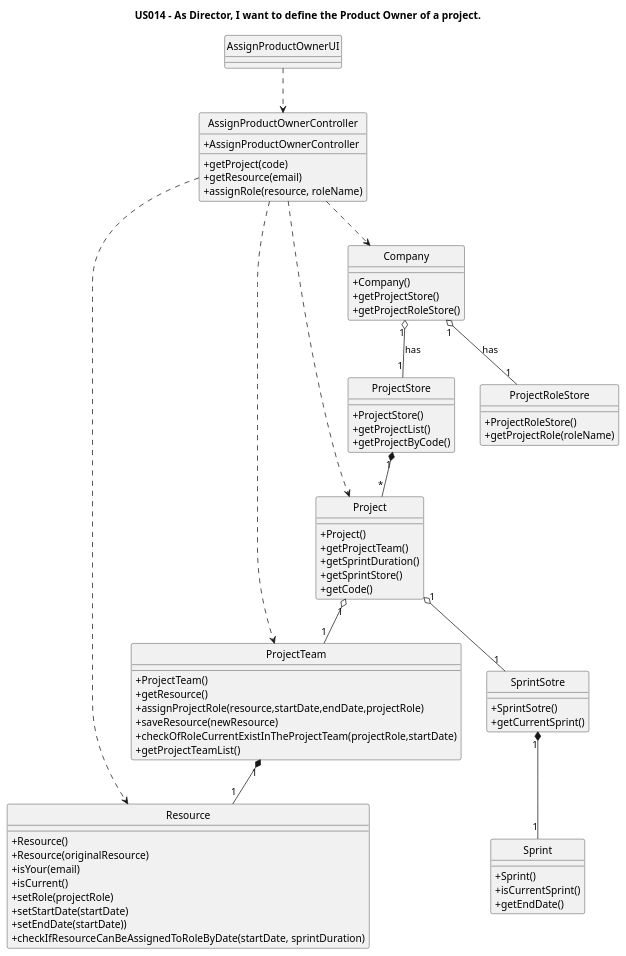
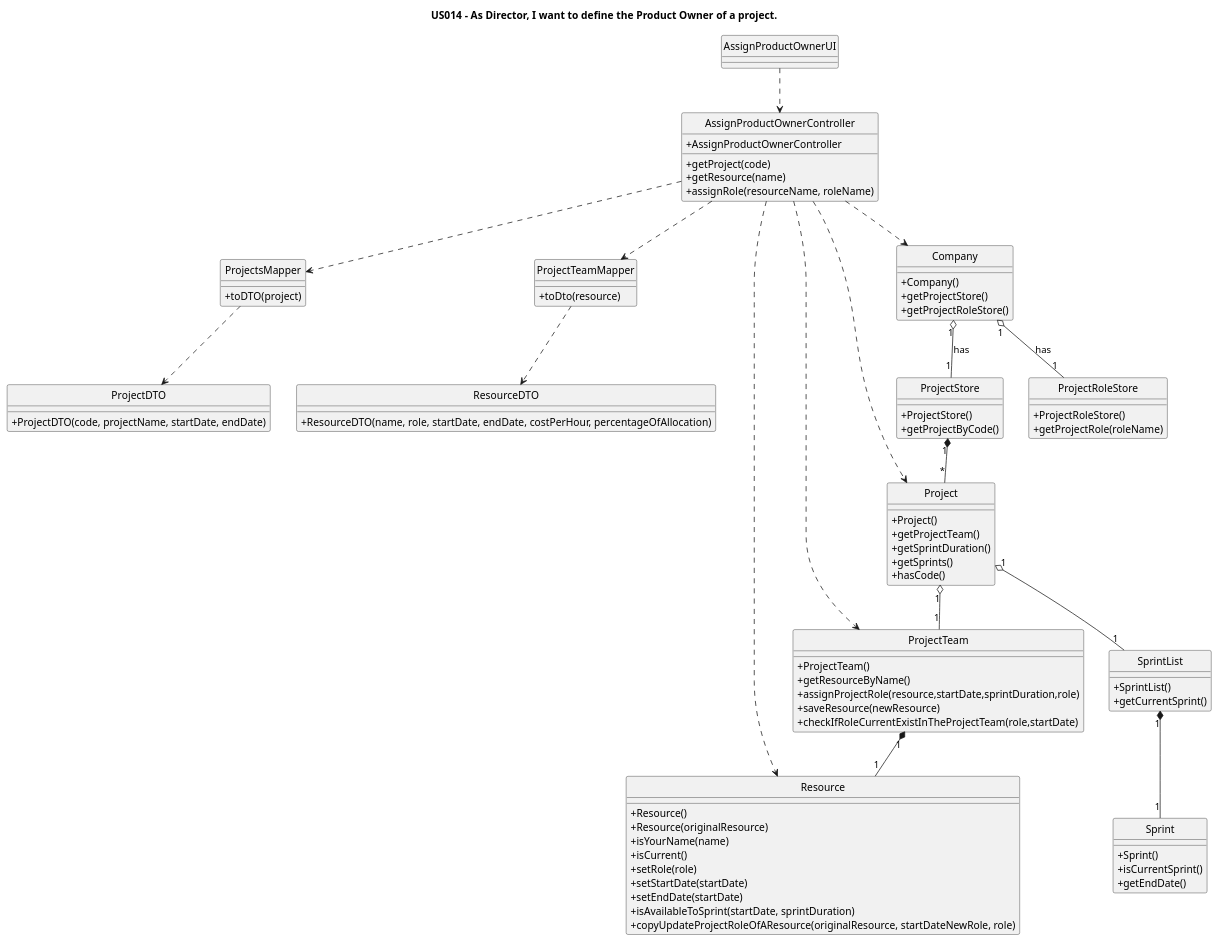
Before and after one commit to nunogon1211787/projectManagement: the diagram in docs/Sprint3/US027/US027-CD.puml, drawn with PlantUML. The commit also changed 5 other files, not shown here.

```diff
--- a/docs/Sprint3/US027/US027-CD.puml
+++ b/docs/Sprint3/US027/US027-CD.puml
@@ -1,88 +1,107 @@
 @startuml
 
 hide circle
 skinparam classAttributeIconSize 0
 
 title "US014 - As Director, I want to define the Product Owner of a project."
 
 class AssignProductOwnerUI {
 }
 
-class AssignProductOwnerController{
+class AssignProductOwnerController {
     +AssignProductOwnerController
     +getProject(code)
-    +getResource(email)
-    +assignRole(resource, roleName)
+    +getResource(name)
+    +assignRole(resourceName, roleName)
+}
+
+class ProjectsMapper {
+    +toDTO(project)
+    }
+
+class ProjectTeamMapper {
+    +toDto(resource)
+}
+
+class ProjectDTO {
+    +ProjectDTO(code, projectName, startDate, endDate)
+}
+
+class ResourceDTO {
+    +ResourceDTO(name, role, startDate, endDate, costPerHour, percentageOfAllocation)
 }
 
 class Company {
     +Company()
     +getProjectStore()
     +getProjectRoleStore()
 }
 
 class ProjectTeam {
     +ProjectTeam()
-    +getResource()
-    +assignProjectRole(resource,startDate,endDate,projectRole)
+    +getResourceByName()
+    +assignProjectRole(resource,startDate,sprintDuration,role)
     +saveResource(newResource)
-    +checkOfRoleCurrentExistInTheProjectTeam(projectRole,startDate)
-    +getProjectTeamList()
+    +checkIfRoleCurrentExistInTheProjectTeam(role,startDate)
 }
 
 class Resource {
     +Resource()
     +Resource(originalResource)
-    +isYour(email)
+    +isYourName(name)
     +isCurrent()
-    +setRole(projectRole)
+    +setRole(role)
     +setStartDate(startDate)
-    +setEndDate(startDate))
-    +checkIfResourceCanBeAssignedToRoleByDate(startDate, sprintDuration)
+    +setEndDate(startDate)
+    +isAvailableToSprint(startDate, sprintDuration)
+    +copyUpdateProjectRoleOfAResource(originalResource, startDateNewRole, role)
 }
 
 class ProjectStore {
     +ProjectStore()
-    +getProjectList()
     +getProjectByCode()
 }
 
 class ProjectRoleStore {
     +ProjectRoleStore()
     +getProjectRole(roleName)
 }
 
 class Project {
     +Project()
     +getProjectTeam()
     +getSprintDuration()
-    +getSprintStore()
-    +getCode()
+    +getSprints()
+    +hasCode()
 }
 
-class SprintSotre {
-    +SprintSotre()
+class SprintList {
+    +SprintList()
     +getCurrentSprint()
 }
 
 class Sprint {
     +Sprint()
     +isCurrentSprint()
     +getEndDate()
 }
 
 AssignProductOwnerUI ..> AssignProductOwnerController
 AssignProductOwnerController ..> Company
+AssignProductOwnerController ..> ProjectsMapper
+AssignProductOwnerController ..> ProjectTeamMapper
 AssignProductOwnerController ..> Project
 AssignProductOwnerController ..> ProjectTeam
 AssignProductOwnerController ..> Resource
+ProjectsMapper ..> ProjectDTO
+ProjectTeamMapper ..> ResourceDTO
 
 Company "1" o-- "1" ProjectRoleStore: has
 Company "1" o-- "1" ProjectStore: has
 ProjectStore "1" *-- "*" Project
 Project "1" o-- "1" ProjectTeam
-Project "1" o-- "1" SprintSotre
-SprintSotre "1" *-- "1" Sprint
+Project "1" o-- "1" SprintList
+SprintList "1" *-- "1" Sprint
 ProjectTeam "1" *-- "1" Resource
 
 @enduml
```
